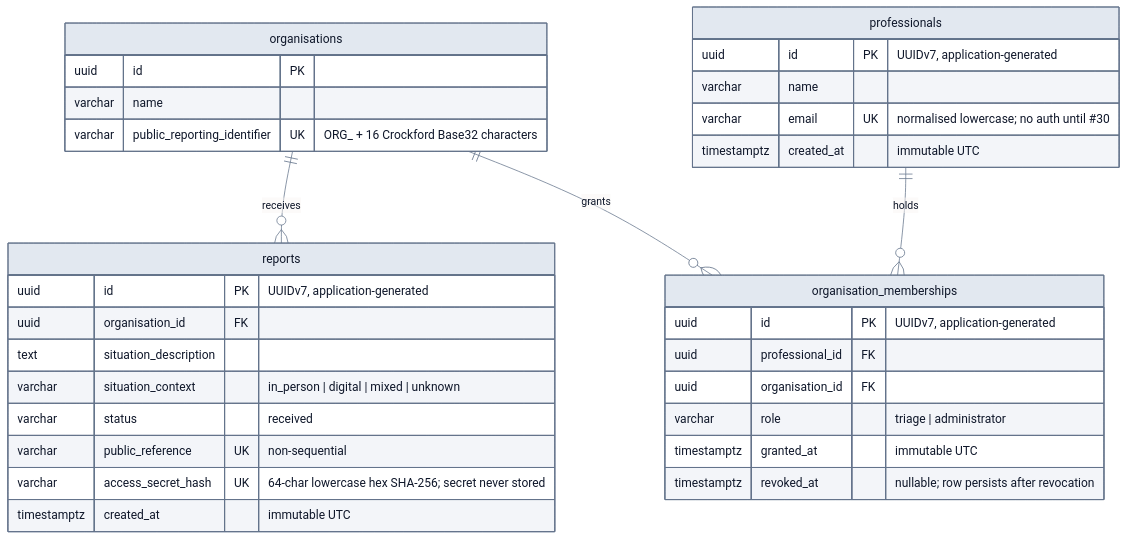
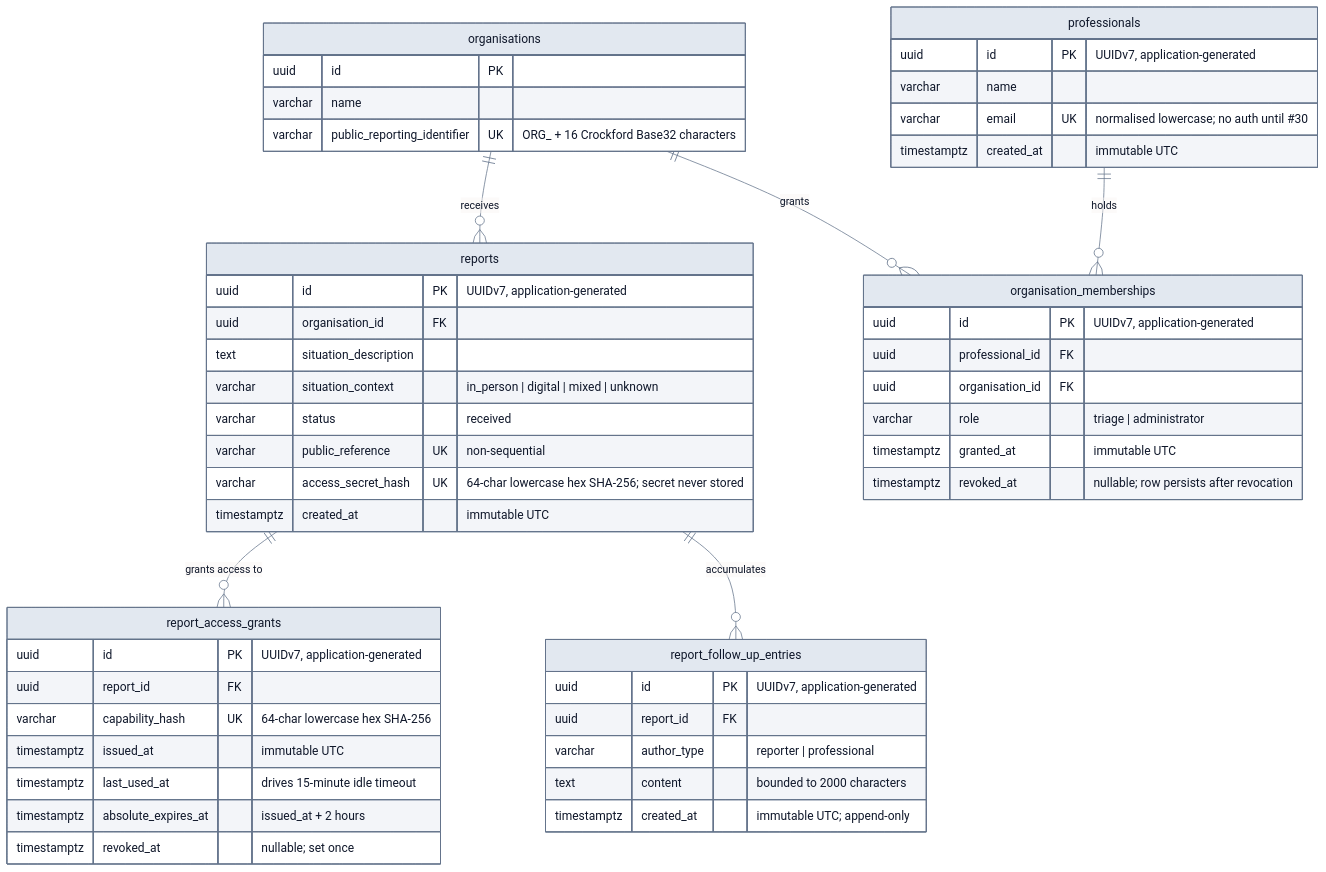
The diagram in docs/architecture/diagrams/data-model.md (albertogalvez-dev/Convive), drawn with Mermaid before and after one commit. The commit also changed 1 other file, not shown here.

Commit message:
docs(architecture): sync data model with report_access_grants and report_follow_up_entries
Both tables were added by #23 and #25 but the DBML source and its
rendered Mermaid diagram were never updated to match. Columns,
constraints and foreign keys are transcribed from the actual Doctrine
entities and their migrations, not re-derived from memory.

````diff
--- a/docs/architecture/diagrams/data-model.md
+++ b/docs/architecture/diagrams/data-model.md
@@ -7,36 +7,54 @@
 ```mermaid
 %%{init: {'theme': 'base', 'themeVariables': {'primaryColor': '#E2E8F0', 'primaryTextColor': '#0F172A', 'primaryBorderColor': '#64748B', 'lineColor': '#64748B'}}}%%
 erDiagram
     organisations {
         uuid id PK
         varchar name
         varchar public_reporting_identifier UK "ORG_ + 16 Crockford Base32 characters"
     }
     reports {
         uuid id PK "UUIDv7, application-generated"
         uuid organisation_id FK
         text situation_description
         varchar situation_context "in_person | digital | mixed | unknown"
         varchar status "received"
         varchar public_reference UK "non-sequential"
         varchar access_secret_hash UK "64-char lowercase hex SHA-256; secret never stored"
         timestamptz created_at "immutable UTC"
     }
+    report_access_grants {
+        uuid id PK "UUIDv7, application-generated"
+        uuid report_id FK
+        varchar capability_hash UK "64-char lowercase hex SHA-256"
+        timestamptz issued_at "immutable UTC"
+        timestamptz last_used_at "drives 15-minute idle timeout"
+        timestamptz absolute_expires_at "issued_at + 2 hours"
+        timestamptz revoked_at "nullable; set once"
+    }
+    report_follow_up_entries {
+        uuid id PK "UUIDv7, application-generated"
+        uuid report_id FK
+        varchar author_type "reporter | professional"
+        text content "bounded to 2000 characters"
+        timestamptz created_at "immutable UTC; append-only"
+    }
     professionals {
         uuid id PK "UUIDv7, application-generated"
         varchar name
         varchar email UK "normalised lowercase; no auth until #30"
         timestamptz created_at "immutable UTC"
     }
     organisation_memberships {
         uuid id PK "UUIDv7, application-generated"
         uuid professional_id FK
         uuid organisation_id FK
         varchar role "triage | administrator"
         timestamptz granted_at "immutable UTC"
         timestamptz revoked_at "nullable; row persists after revocation"
     }
     organisations ||--o{ reports : "receives"
+    reports ||--o{ report_access_grants : "grants access to"
+    reports ||--o{ report_follow_up_entries : "accumulates"
     professionals ||--o{ organisation_memberships : "holds"
     organisations ||--o{ organisation_memberships : "grants"
 ```
````
